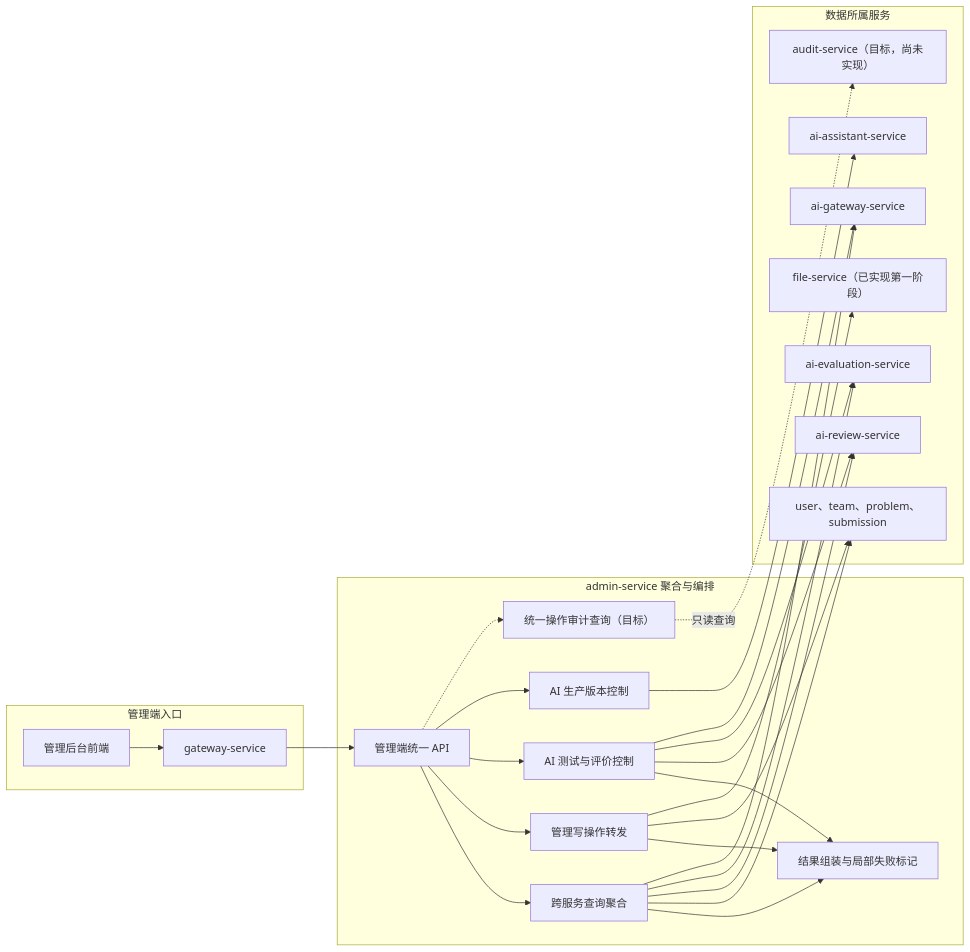
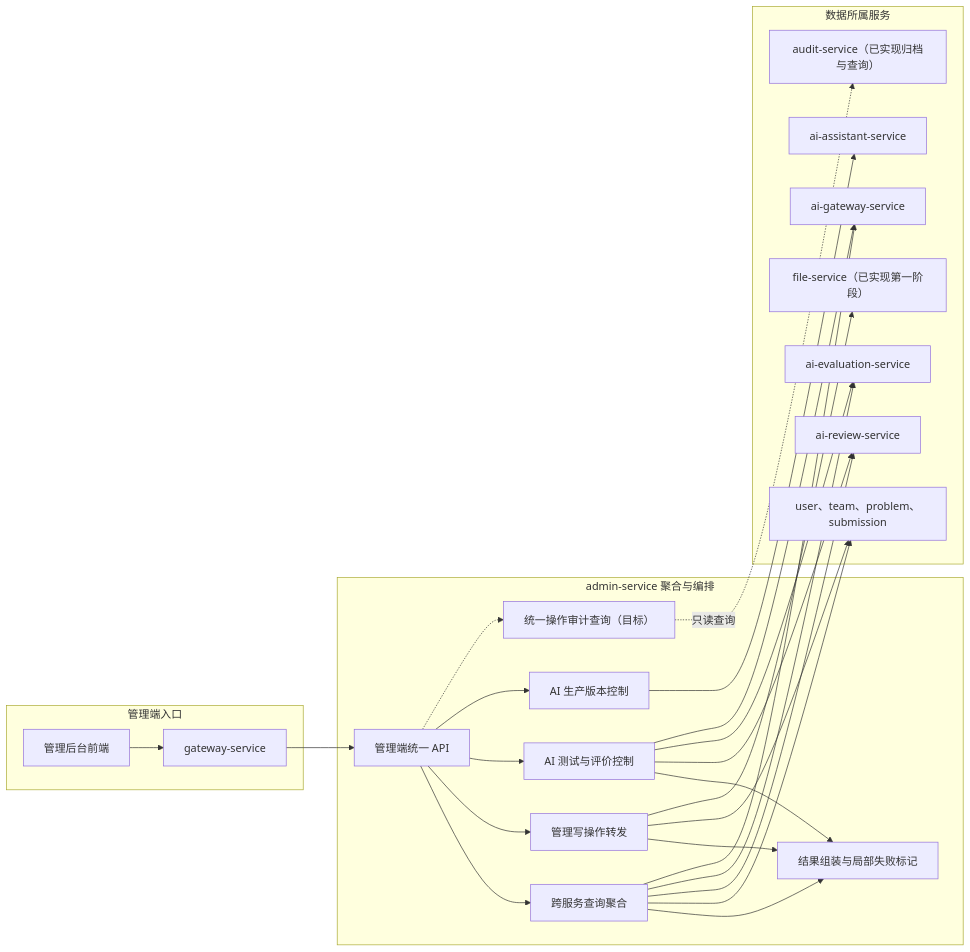
The diagram in docs/project/03-微服务设计/admin-service/README.md (Dorian7Alden/LeetModel), drawn with Mermaid before and after one commit. The commit also changed 16 other files, not shown here.

````diff
--- a/docs/project/03-微服务设计/admin-service/README.md
+++ b/docs/project/03-微服务设计/admin-service/README.md
@@ -7,50 +7,50 @@
 ```mermaid
 flowchart LR
     subgraph entry["管理端入口"]
         adminWeb["管理后台前端"]
         apiGateway["gateway-service"]
     end
 
     subgraph admin["admin-service 聚合与编排"]
         adminApi["管理端统一 API"]
         aggregation["跨服务查询聚合"]
         writeForward["管理写操作转发"]
         aiControl["AI 测试与评价控制"]
         productionControl["AI 生产版本控制"]
         auditQuery["统一操作审计查询（目标）"]
         resultAssembly["结果组装与局部失败标记"]
 
         adminApi --> aggregation
         adminApi --> writeForward
         adminApi --> aiControl
         adminApi --> productionControl
         adminApi -.-> auditQuery
         aggregation --> resultAssembly
         writeForward --> resultAssembly
         aiControl --> resultAssembly
     end
 
     subgraph domains["数据所属服务"]
         basicServices["user、team、problem、submission"]
         reviewService["ai-review-service"]
         evaluationService["ai-evaluation-service"]
         aiGateway["ai-gateway-service"]
         assistantService["ai-assistant-service"]
-        auditService["audit-service（目标，尚未实现）"]
+        auditService["audit-service（已实现归档与查询）"]
         fileService["file-service（已实现第一阶段）"]
     end
 
     adminWeb --> apiGateway
     apiGateway --> adminApi
     aggregation --> basicServices
     aggregation --> reviewService
     aggregation --> evaluationService
     aggregation --> aiGateway
     writeForward --> basicServices
     aiControl --> reviewService
     aiControl --> evaluationService
     aiControl --> aiGateway
     productionControl --> assistantService
     auditQuery -. "只读查询" .-> auditService
     writeForward --> fileService
 ```
````
